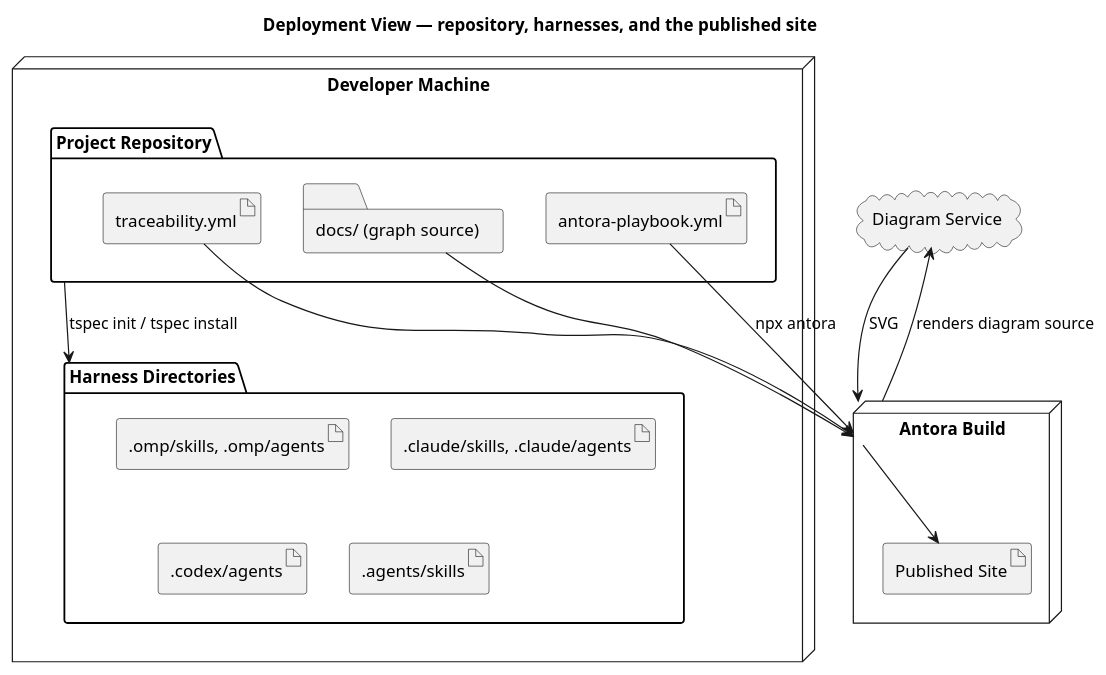
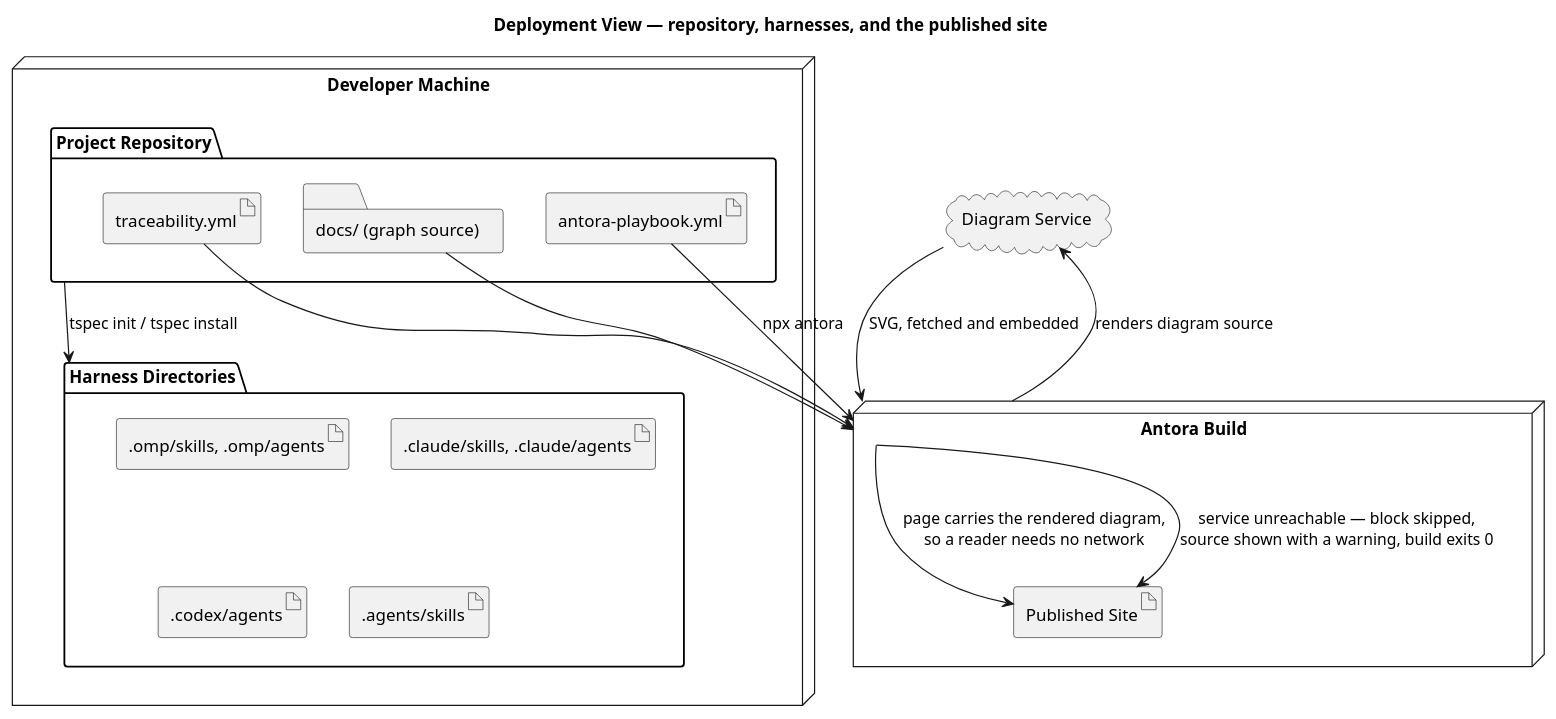
One commit to antora-tracer/tracer-spec changed the diagram in docs/modules/specs/examples/diagrams/view-deployment.puml. Above: the diagram before and after it, drawn with PlantUML. The commit also changed 2 other files, not shown here.

Commit message:
docs(architecture): show the diagram-service fallback in the deployment view
- view-deployment.puml gives the build-to-site edge two outcomes: the
  fetched and embedded diagram a reader views offline, and the skipped
  block that falls back to the diagram source when the service is
  unreachable.
- The architecture guidance and its scaffold copy state that fallback
  beside the rendering attributes, so a project meets it without reading
  the configuration reference.

No design diagram is added: DSN-004's approach is a content plan rather
than an ordered pipeline or branch, and the render path it describes is
already drawn here, so a second copy would be decoration.

The fallback was measured before it was drawn: a build against an
unreachable kroki-server-url logs 'Skipping <block>', exits 0, emits no
image, and leaves the diagram source in the page.

```diff
--- a/docs/modules/specs/examples/diagrams/view-deployment.puml
+++ b/docs/modules/specs/examples/diagrams/view-deployment.puml
@@ -1,27 +1,28 @@
 @startuml
 title Deployment View — repository, harnesses, and the published site
 node "Developer Machine" {
   folder "Project Repository" as repo {
     artifact "traceability.yml" as cfg
     folder "docs/ (graph source)" as src
     artifact "antora-playbook.yml" as pb
   }
   folder "Harness Directories" as harness {
     artifact ".omp/skills, .omp/agents" as omp
     artifact ".claude/skills, .claude/agents" as claude
     artifact ".codex/agents" as codex
     artifact ".agents/skills" as agents
   }
 }
 cloud "Diagram Service" as kroki
 node "Antora Build" as build {
   artifact "Published Site" as site
 }
 repo --> harness : tspec init / tspec install
 pb --> build : npx antora
 src --> build
 cfg --> build
 build --> kroki : renders diagram source
-kroki --> build : SVG
-build --> site
+kroki --> build : SVG, fetched and embedded
+build --> site : page carries the rendered diagram,\nso a reader needs no network
+build --> site : service unreachable — block skipped,\nsource shown with a warning, build exits 0
 @enduml
```
